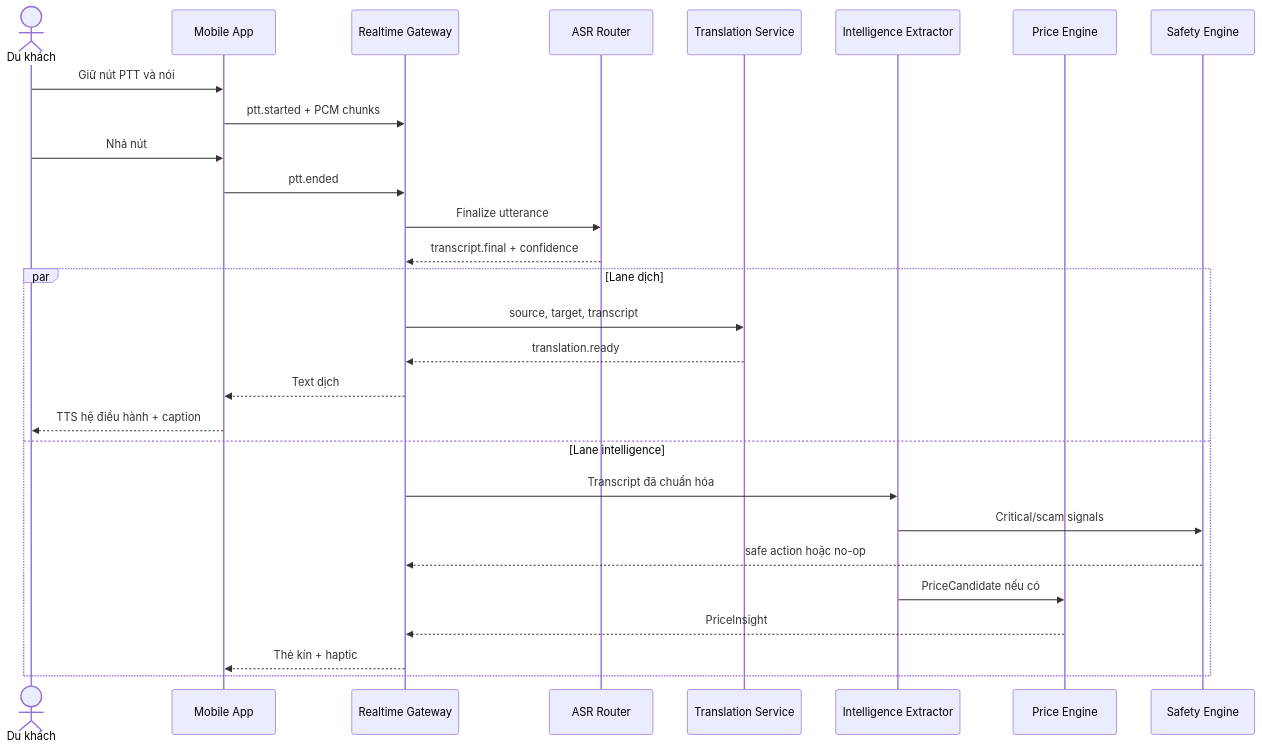
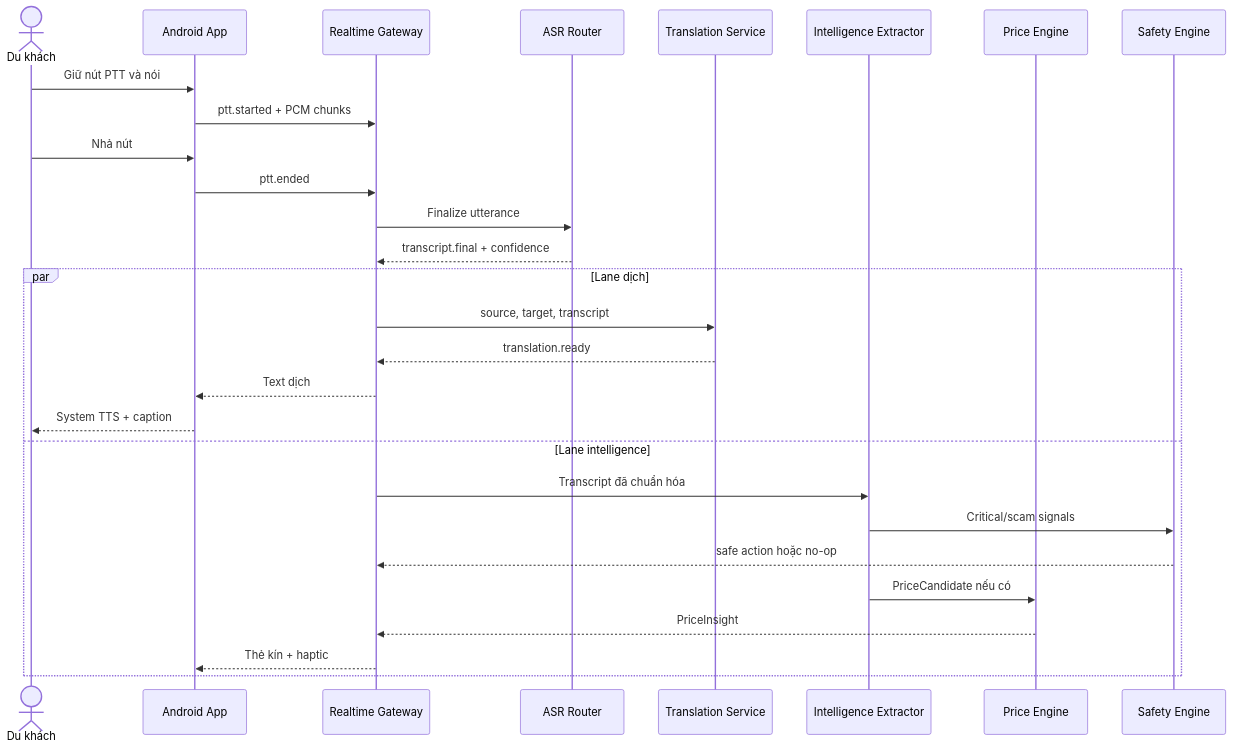
One commit to hackunix/tourtect changed the second of 9 diagrams in docs/system-design.md. Above: the diagram before and after it, drawn with Mermaid. The commit also changed other lines of this file and 4 other files, not shown here.

```diff
--- a/docs/system-design.md
+++ b/docs/system-design.md
@@ -244,32 +248,32 @@
 ~~~mermaid
 sequenceDiagram
     actor Tourist as Du khách
-    participant App as Mobile App
+    participant App as Android App
     participant RT as Realtime Gateway
     participant ASR as ASR Router
     participant MT as Translation Service
     participant Intel as Intelligence Extractor
     participant Price as Price Engine
     participant Safety as Safety Engine
 
     Tourist->>App: Giữ nút PTT và nói
     App->>RT: ptt.started + PCM chunks
     Tourist->>App: Nhả nút
     App->>RT: ptt.ended
     RT->>ASR: Finalize utterance
     ASR-->>RT: transcript.final + confidence
 
     par Lane dịch
         RT->>MT: source, target, transcript
         MT-->>RT: translation.ready
         RT-->>App: Text dịch
-        App-->>Tourist: TTS hệ điều hành + caption
+        App-->>Tourist: System TTS + caption
     and Lane intelligence
         RT->>Intel: Transcript đã chuẩn hóa
         Intel->>Safety: Critical/scam signals
         Safety-->>RT: safe action hoặc no-op
         Intel->>Price: PriceCandidate nếu có
         Price-->>RT: PriceInsight
         RT-->>App: Thẻ kín + haptic
     end
 ~~~
```
